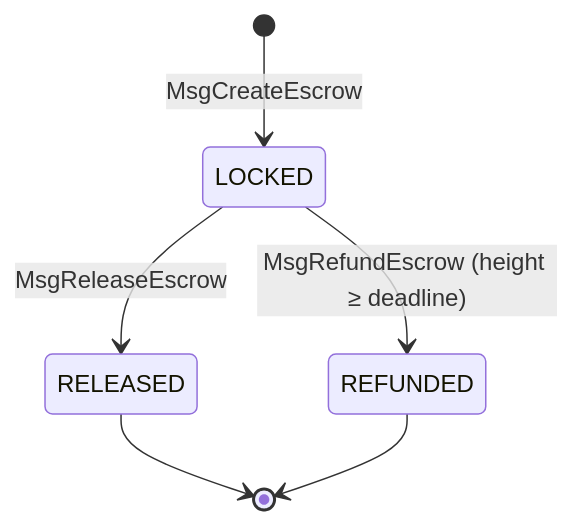
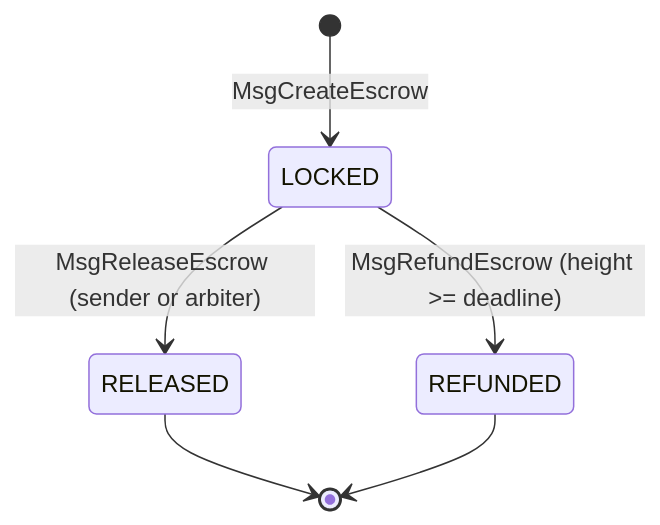
Before and after one commit to joeylukoji/Aurix: the seventh of 11 diagrams in docs/architecture/diagrams.md, drawn with Mermaid. The commit also changed other lines of this file and 7 other files, not shown here.

Commit message:
docs: as-built architecture, sprint status, Devpost description and demo script

````diff
--- a/docs/architecture/diagrams.md
+++ b/docs/architecture/diagrams.md
@@ -151,8 +145,8 @@
 ```mermaid
 stateDiagram-v2
     [*] --> LOCKED: MsgCreateEscrow
-    LOCKED --> RELEASED: MsgReleaseEscrow
-    LOCKED --> REFUNDED: MsgRefundEscrow (height ≥ deadline)
+    LOCKED --> RELEASED: MsgReleaseEscrow (sender or arbiter)
+    LOCKED --> REFUNDED: MsgRefundEscrow (height >= deadline)
     RELEASED --> [*]
     REFUNDED --> [*]
 ```
````
